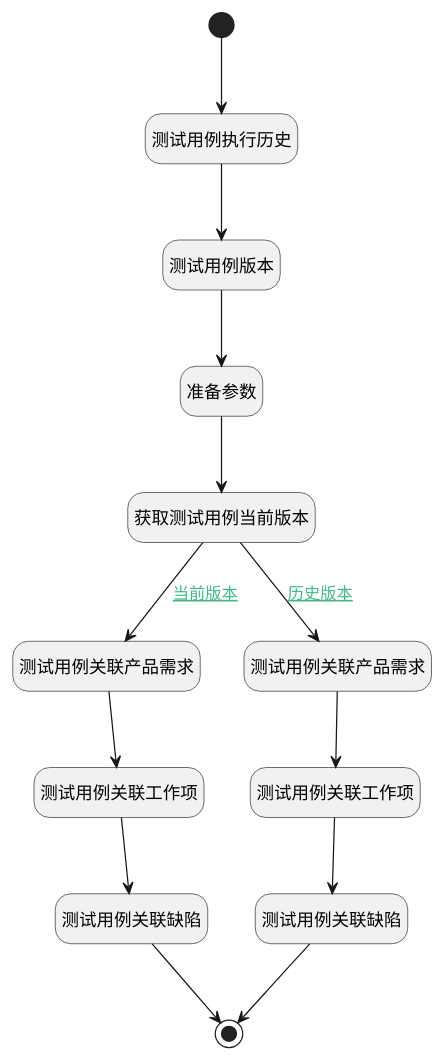
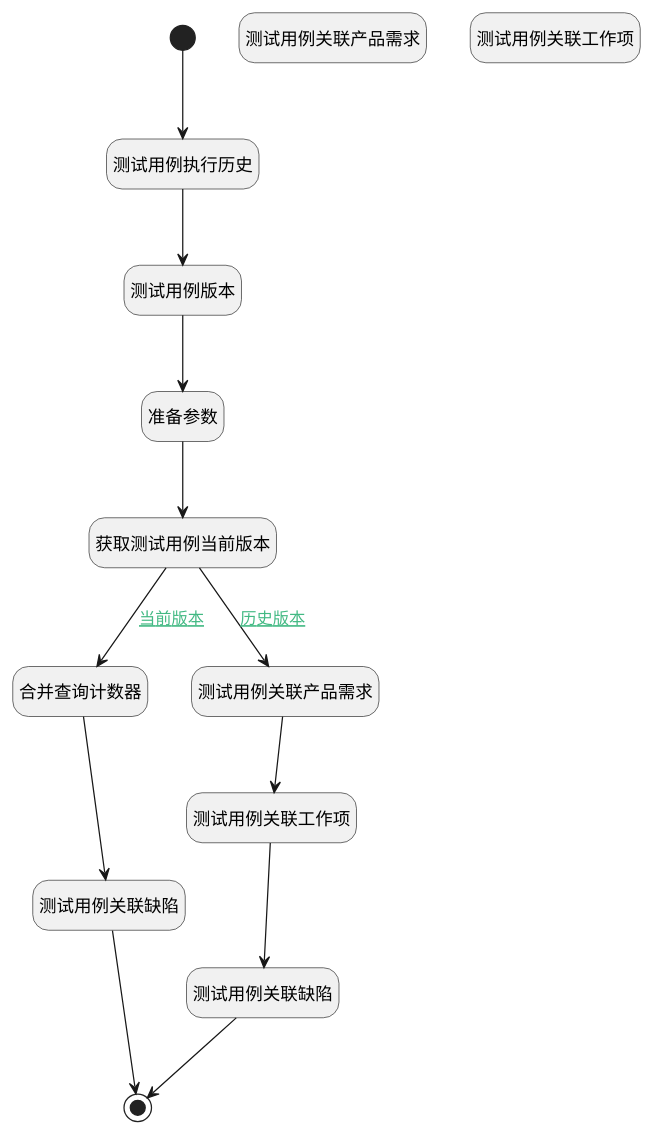
One commit to iBizLab/plm changed the diagram in doc/docsify/module/TestMgmt/test_case/logic/test_case_re_counters.md. Above: the diagram before and after it, drawn with PlantUML. The commit also changed other lines of this file and 2688 other files, not shown here.

````diff
--- a/doc/docsify/module/TestMgmt/test_case/logic/test_case_re_counters.md
+++ b/doc/docsify/module/TestMgmt/test_case/logic/test_case_re_counters.md
@@ -7,40 +7,40 @@
 ```plantuml
 @startuml
 hide empty description
 <style>
 root {
   HyperlinkColor #42b983
 }
 </style>
 
 hide empty description
 state "开始" as Begin <<start>> [[$./test_case_re_counters#begin {"开始"}]]
 state "测试用例关联产品需求" as RAWSQLCALL1  [[$./test_case_re_counters#rawsqlcall1 {"测试用例关联产品需求"}]]
 state "测试用例关联工作项" as RAWSQLCALL2  [[$./test_case_re_counters#rawsqlcall2 {"测试用例关联工作项"}]]
+state "结束" as END1 <<end>> [[$./test_case_re_counters#end1 {"结束"}]]
+state "准备参数" as PREPAREPARAM1  [[$./test_case_re_counters#prepareparam1 {"准备参数"}]]
+state "获取测试用例当前版本" as DEACTION1  [[$./test_case_re_counters#deaction1 {"获取测试用例当前版本"}]]
+state "合并查询计数器" as RAWSQLCALL9  [[$./test_case_re_counters#rawsqlcall9 {"合并查询计数器"}]]
 state "测试用例关联缺陷" as RAWSQLCALL3  [[$./test_case_re_counters#rawsqlcall3 {"测试用例关联缺陷"}]]
-state "结束" as END1 <<end>> [[$./test_case_re_counters#end1 {"结束"}]]
 state "测试用例执行历史" as RAWSQLCALL4  [[$./test_case_re_counters#rawsqlcall4 {"测试用例执行历史"}]]
 state "测试用例版本" as RAWSQLCALL5  [[$./test_case_re_counters#rawsqlcall5 {"测试用例版本"}]]
-state "准备参数" as PREPAREPARAM1  [[$./test_case_re_counters#prepareparam1 {"准备参数"}]]
-state "获取测试用例当前版本" as DEACTION1  [[$./test_case_re_counters#deaction1 {"获取测试用例当前版本"}]]
 state "测试用例关联产品需求" as RAWSQLCALL6  [[$./test_case_re_counters#rawsqlcall6 {"测试用例关联产品需求"}]]
 state "测试用例关联工作项" as RAWSQLCALL7  [[$./test_case_re_counters#rawsqlcall7 {"测试用例关联工作项"}]]
 state "测试用例关联缺陷" as RAWSQLCALL8  [[$./test_case_re_counters#rawsqlcall8 {"测试用例关联缺陷"}]]
 
 
 Begin --> RAWSQLCALL4
 RAWSQLCALL4 --> RAWSQLCALL5
 RAWSQLCALL5 --> PREPAREPARAM1
 PREPAREPARAM1 --> DEACTION1
-DEACTION1 --> RAWSQLCALL1 : [[$./test_case_re_counters#deaction1-rawsqlcall1{当前版本} 当前版本]]
-RAWSQLCALL1 --> RAWSQLCALL2
-RAWSQLCALL2 --> RAWSQLCALL3
+DEACTION1 --> RAWSQLCALL9 : [[$./test_case_re_counters#deaction1-rawsqlcall9{当前版本} 当前版本]]
+RAWSQLCALL9 --> RAWSQLCALL3
 RAWSQLCALL3 --> END1
 DEACTION1 --> RAWSQLCALL6 : [[$./test_case_re_counters#deaction1-rawsqlcall6{历史版本} 历史版本]]
 RAWSQLCALL6 --> RAWSQLCALL7
 RAWSQLCALL7 --> RAWSQLCALL8
 RAWSQLCALL8 --> END1
 
 
 @enduml
 ```
````
